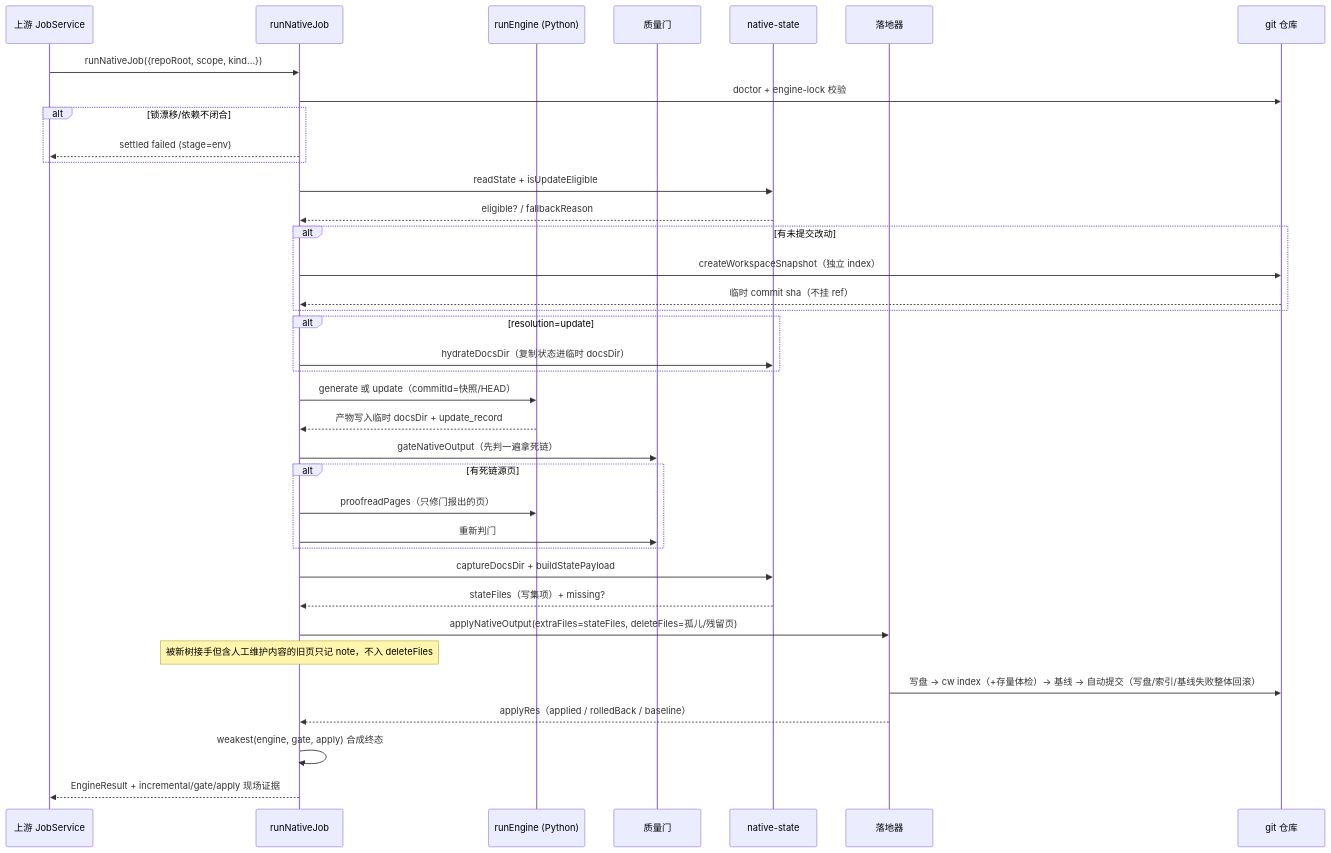
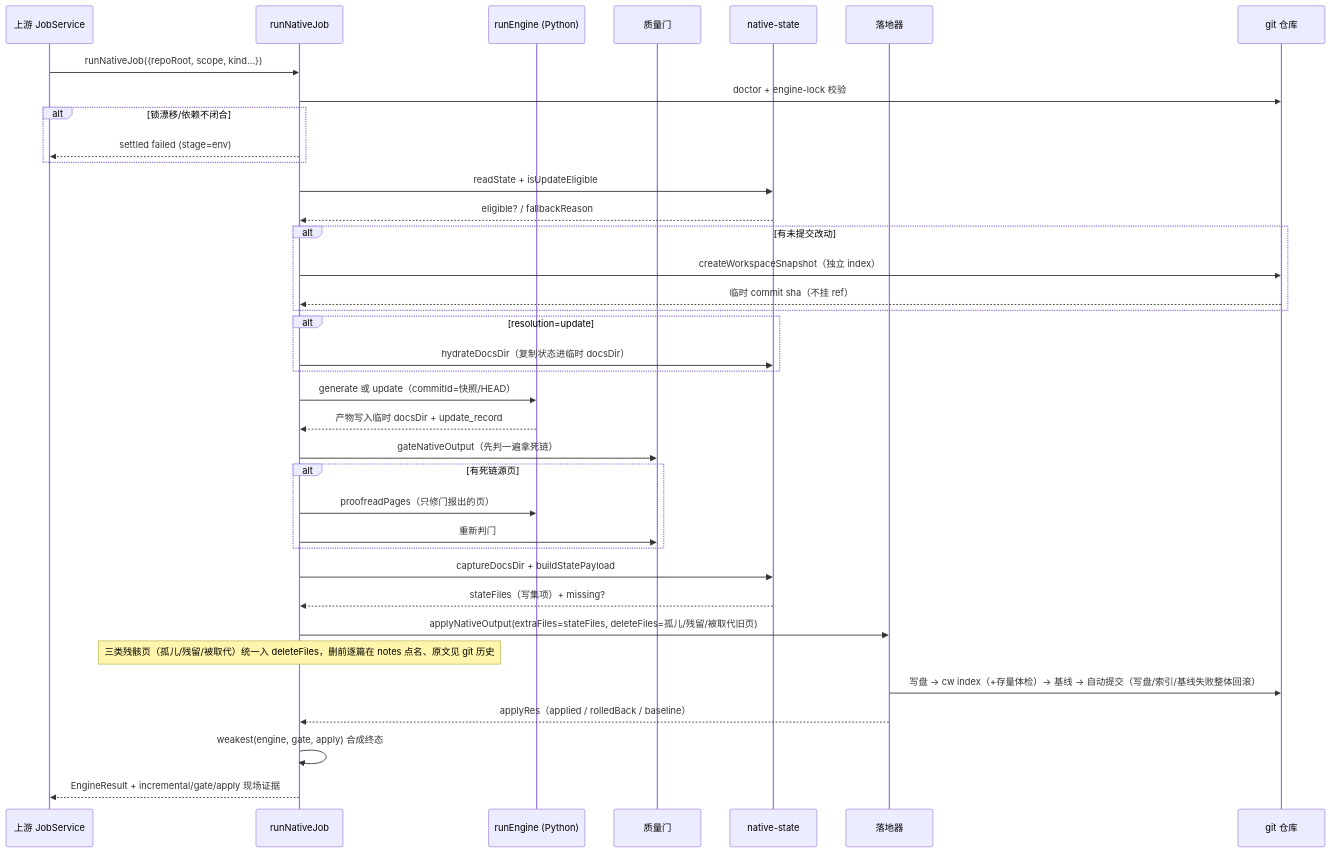
The fifth of 5 diagrams in .codewiki/_native-state/docs/native_execution_and_workspace_infrastructure.md (ikliml666/dsh-codewiki), drawn with Mermaid before and after one commit. The commit also changed other lines of this file and 9 other files, not shown here.

````diff
--- a/.codewiki/_native-state/docs/native_execution_and_workspace_infrastructure.md
+++ b/.codewiki/_native-state/docs/native_execution_and_workspace_infrastructure.md
@@ -197,40 +197,40 @@
 ```mermaid
 sequenceDiagram
     participant Job as 上游 JobService
     participant Run as runNativeJob
     participant Eng as runEngine (Python)
     participant Gate as 质量门
     participant St as native-state
     participant Ap as 落地器
     participant Git as git 仓库
 
     Job->>Run: runNativeJob({repoRoot, scope, kind...})
     Run->>Git: doctor + engine-lock 校验
     alt 锁漂移/依赖不闭合
         Run-->>Job: settled failed (stage=env)
     end
     Run->>St: readState + isUpdateEligible
     St-->>Run: eligible? / fallbackReason
     alt 有未提交改动
         Run->>Git: createWorkspaceSnapshot（独立 index）
         Git-->>Run: 临时 commit sha（不挂 ref）
     end
     alt resolution=update
         Run->>St: hydrateDocsDir（复制状态进临时 docsDir）
     end
     Run->>Eng: generate 或 update（commitId=快照/HEAD）
     Eng-->>Run: 产物写入临时 docsDir + update_record
     Run->>Gate: gateNativeOutput（先判一遍拿死链）
     alt 有死链源页
         Run->>Eng: proofreadPages（只修门报出的页）
         Run->>Gate: 重新判门
     end
     Run->>St: captureDocsDir + buildStatePayload
     St-->>Run: stateFiles（写集项）+ missing?
-    Run->>Ap: applyNativeOutput(extraFiles=stateFiles, deleteFiles=孤儿/残留页)
-    Note over Run: 被新树接手但含人工维护内容的旧页只记 note，不入 deleteFiles
+    Run->>Ap: applyNativeOutput(extraFiles=stateFiles, deleteFiles=孤儿/残留/被取代旧页)
+    Note over Run: 三类残骸页（孤儿/残留/被取代）统一入 deleteFiles，删前逐篇在 notes 点名、原文见 git 历史
     Ap->>Git: 写盘 → cw index（+存量体检）→ 基线 → 自动提交（写盘/索引/基线失败整体回滚）
     Ap-->>Run: applyRes（applied / rolledBack / baseline）
     Run->>Run: weakest(engine, gate, apply) 合成终态
     Run-->>Job: EngineResult + incremental/gate/apply 现场证据
 ```
````
